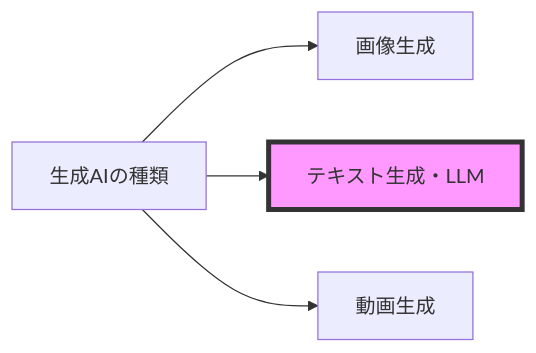
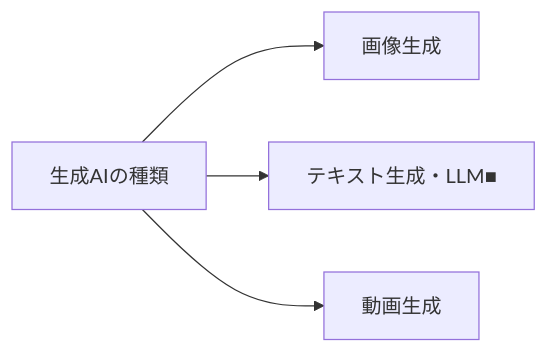
The second of 10 diagrams in README.md (SparklingDetergent/doc_genai_Using_Generative_AI_with_Mac_Mini_-Introduction-), drawn with Mermaid before and after one commit. The commit also changed other lines of this file, not shown here.

````diff
--- a/README.md
+++ b/README.md
@@ -24,7 +22,6 @@
 ```mermaid
 graph LR
     A[生成AIの種類] --> B[画像生成]
-    A --> C[テキスト生成・LLM]
+    A --> C[テキスト生成・LLM■]
     A --> D[動画生成]
-    style C fill:#f9f,stroke:#333,stroke-width:4px
 ```
````
